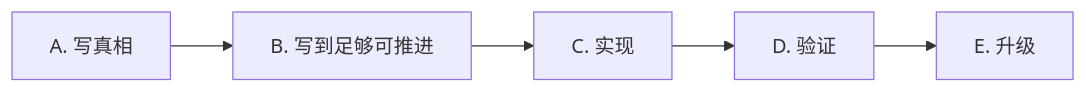
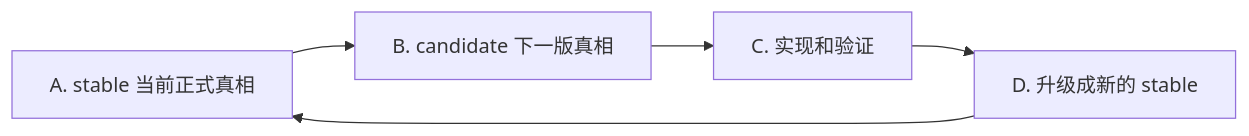
Before and after one commit to mfblog/specflow: the second of 4 diagrams in README.zh-CN.md, drawn with Mermaid. The commit also changed other lines of this file and 1 other file, not shown here.

````diff
--- a/README.zh-CN.md
+++ b/README.zh-CN.md
@@ -373,7 +183,7 @@
 ```mermaid
 flowchart LR
-    A["A. 写真相"] --> B["B. 写到足够可推进"]
-    B --> C["C. 实现"]
-    C --> D["D. 验证"]
-    D --> E["E. 升级"]
+    A["A. stable 当前正式真相"] --> B["B. candidate 下一版真相"]
+    B --> C["C. 实现和验证"]
+    C --> D["D. 升级成新的 stable"]
+    D --> A
 ```
````
